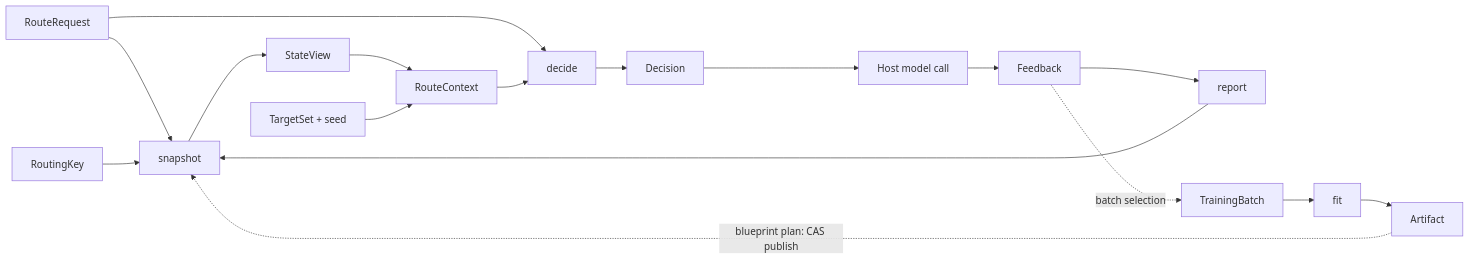
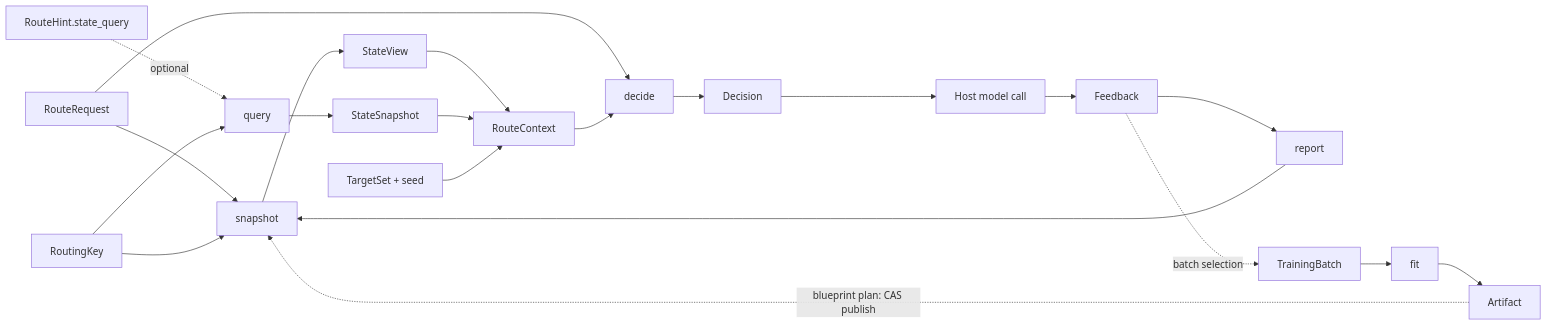
Before and after one commit to openJiuwen-ai/model-router: the third of 3 diagrams in docs/en/architecture.md, drawn with Mermaid. The commit also changed other lines of this file and 20 other files, not shown here.

First line of the commit message:
feat(state): optional query() for finer state retrieval, a peer of snapshot

````diff
--- a/docs/en/architecture.md
+++ b/docs/en/architecture.md
@@ -317,20 +341,24 @@
 ```mermaid
 flowchart LR
     Request[RouteRequest] --> Snapshot[snapshot]
+    Hint[RouteHint.state_query] -.->|optional| Query[query]
     Key[RoutingKey] --> Snapshot
+    Key --> Query
     Snapshot --> View[StateView]
+    Query --> Snap[StateSnapshot]
     Request --> Decide[decide]
     View --> Context[RouteContext]
+    Snap --> Context
     Targets[TargetSet + seed] --> Context
     Context --> Decide
     Decide --> Decision[Decision]
     Decision --> HostCall[Host model call]
     HostCall --> Feedback[Feedback]
     Feedback --> Report[report]
     Report --> Snapshot
 
     Feedback -.batch selection.-> Batch[TrainingBatch]
     Batch --> Fit[fit]
     Fit --> Artifact[Artifact]
     Artifact -.blueprint plan: CAS publish.-> Snapshot
 ```
````
